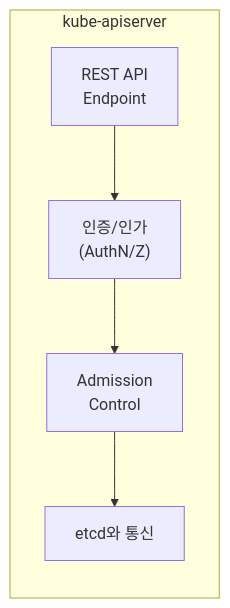
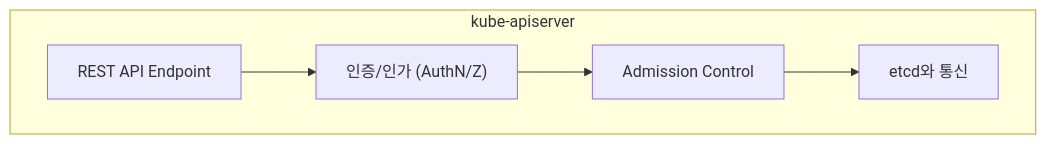
The second of 16 diagrams in _posts/2025-12-23-kubernetes-02-architecture.md (K-Diger/k-diger.github.io), drawn with Mermaid before and after one commit. The commit also changed other lines of this file and 13 other files, not shown here.

````diff
--- a/_posts/2025-12-23-kubernetes-02-architecture.md
+++ b/_posts/2025-12-23-kubernetes-02-architecture.md
@@ -70,10 +70,10 @@
 ```mermaid
-flowchart LR
+flowchart TB
     subgraph APIServer["kube-apiserver"]
-        REST["REST API<br/>Endpoint"]
-        AUTH["인증/인가<br/>(AuthN/Z)"]
-        ADM["Admission<br/>Control"]
+        REST["REST API Endpoint"]
+        AUTH["인증/인가 (AuthN/Z)"]
+        ADM["Admission Control"]
         ETCD_COMM["etcd와 통신"]
     end
     REST --> AUTH --> ADM --> ETCD_COMM
 ```
````
